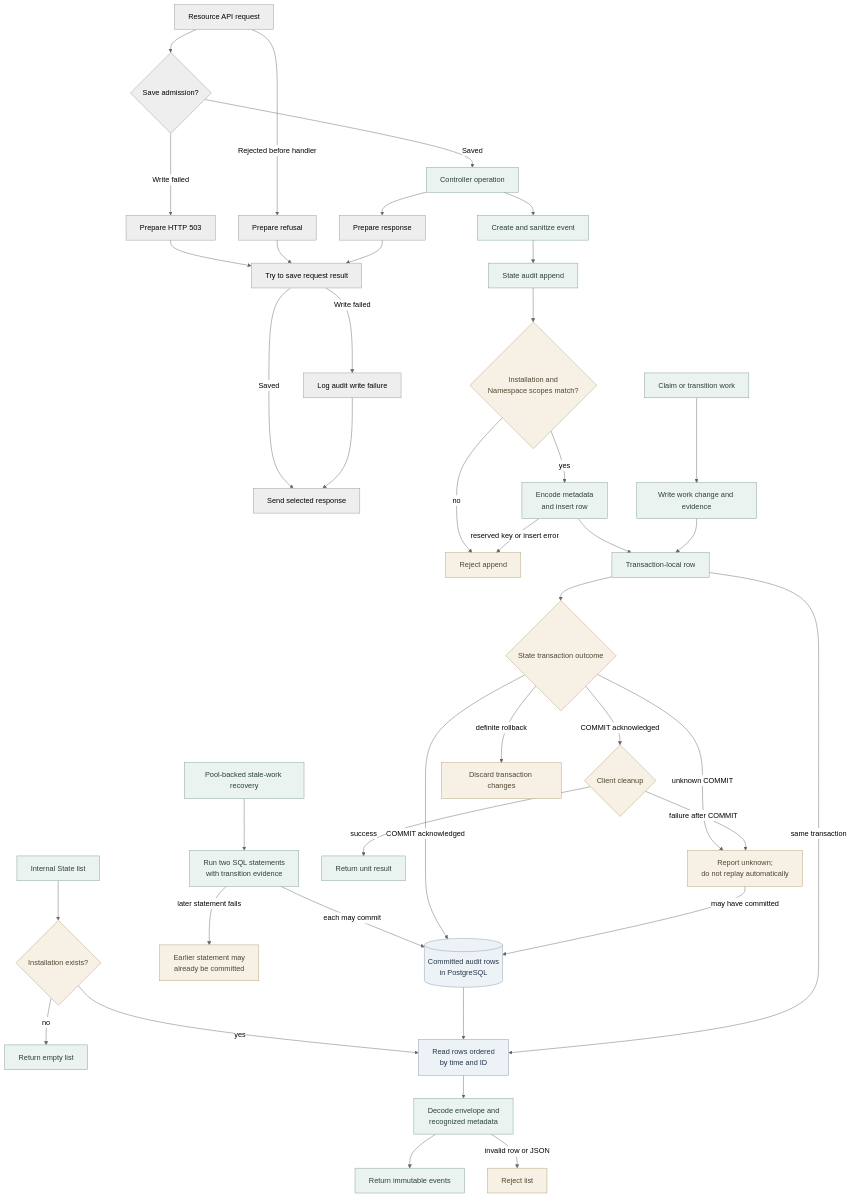
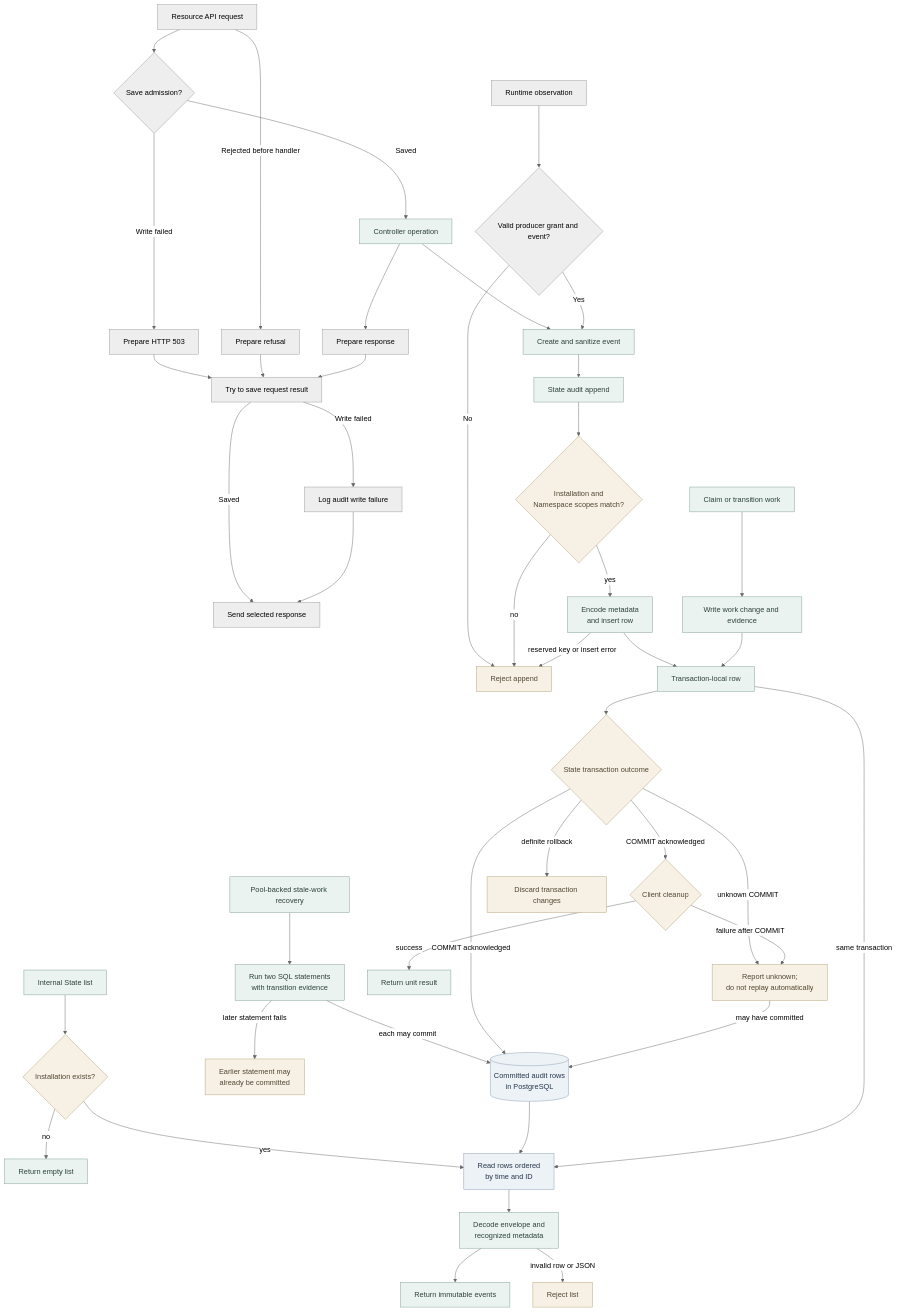
Before and after one commit to openclaw/openclaw-enterprise: the diagram in docs/flows/audit-ledger.md, drawn with Mermaid (neutral theme). The commit also changed other lines of this file and 35 other files, not shown here.

````diff
--- a/docs/flows/audit-ledger.md
+++ b/docs/flows/audit-ledger.md
@@ -31,49 +31,52 @@
 ```mermaid
 graph TD
   HTTP["Resource API request"] --> Admission{"Save admission?"}
   Admission -->|Saved| Request
   Admission -->|Write failed| Refused["Prepare HTTP 503"]
   HTTP -->|Rejected before handler| RefusedEarly["Prepare refusal"]
   Request --> HTTPResult["Prepare response"]
   Refused --> ResultEvent["Try to save request result"]
   RefusedEarly --> ResultEvent
   HTTPResult --> ResultEvent
   ResultEvent -->|Saved| Send["Send selected response"]
   ResultEvent -->|Write failed| Diagnostic["Log audit write failure"]
   Diagnostic --> Send
   Request["Controller operation"] --> Factory["Create and sanitize event"]
+  Runtime["Runtime observation"] --> Grant{"Valid producer grant and event?"}
+  Grant -->|Yes| Factory
+  Grant -->|No| Reject
   Factory --> Append["State audit append"]
   Append --> Scope{"Installation and<br/>Namespace scopes match?"}
   Scope -->|yes| Encode["Encode metadata<br/>and insert row"]
   Scope -->|no| Reject["Reject append"]
   Encode --> Pending["Transaction-local row"]
   Encode -->|reserved key or insert error| Reject
   Queue["Claim or transition work"] --> QueueSQL["Write work change and evidence"]
   QueueSQL --> Pending
   DirectQueue["Pool-backed stale-work recovery"] --> DirectSQL["Run two SQL statements<br/>with transition evidence"]
   DirectSQL -->|each may commit| Ledger
   DirectSQL -->|later statement fails| Partial["Earlier statement may<br/>already be committed"]
   Pending --> Commit{"State transaction outcome"}
   Commit -->|COMMIT acknowledged| Ledger[("Committed audit rows<br/>in PostgreSQL")]
   Commit -->|COMMIT acknowledged| Cleanup{"Client cleanup"}
   Commit -->|definite rollback| RolledBack["Discard transaction changes"]
   Commit -->|unknown COMMIT| Unknown["Report unknown;<br/>do not replay automatically"]
   Unknown -->|may have committed| Ledger
   Cleanup -->|success| Returned["Return unit result"]
   Cleanup -->|failure after COMMIT| Unknown
   Reader["Internal State list"] --> Installation{"Installation exists?"}
   Installation -->|no| Empty["Return empty list"]
   Installation -->|yes| Rows["Read rows ordered<br/>by time and ID"]
   Ledger --> Rows
   Pending -->|same transaction| Rows
   Rows --> Decode["Decode envelope and<br/>recognized metadata"]
   Decode --> Result["Return immutable events"]
   Decode -->|invalid row or JSON| Error["Reject list"]
 
   classDef storage fill:#EDF2F7,stroke:#879AB0,color:#25364A,stroke-width:1px
   classDef operation fill:#EBF3F0,stroke:#7F9D93,color:#2B4038,stroke-width:1px
   classDef gate fill:#F7F1E5,stroke:#B3A078,color:#514532,stroke-width:1px
   class Ledger,Rows storage
   class Request,Factory,Append,Encode,Queue,QueueSQL,DirectQueue,DirectSQL,Pending,Reader,Decode,Result,Empty,Returned operation
   class Scope,Reject,Commit,RolledBack,Unknown,Cleanup,Installation,Error,Partial gate
 ```
````
